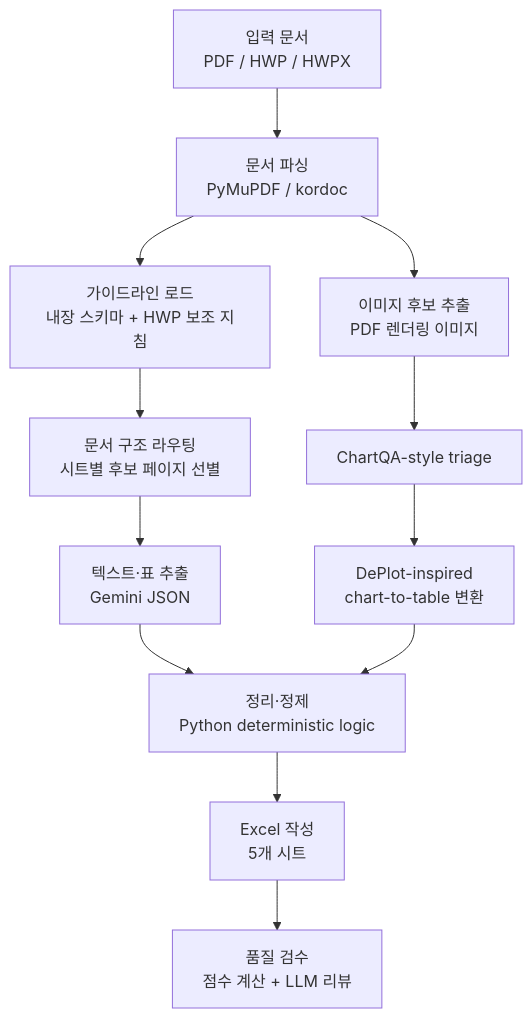
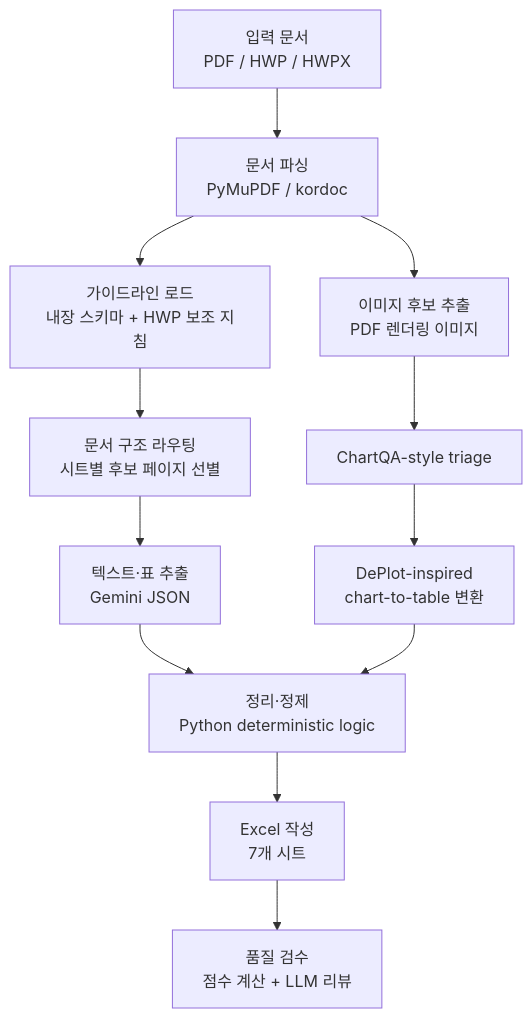
Before and after one commit to azureleo/2026_GovReport_Analyzer_Public: the diagram in README.md, drawn with Mermaid. The commit also changed other lines of this file and 13 other files, not shown here.

````diff
--- a/README.md
+++ b/README.md
@@ -20,14 +35,14 @@
 ```mermaid
 flowchart TD
     A["입력 문서<br/>PDF / HWP / HWPX"] --> B["문서 파싱<br/>PyMuPDF / kordoc"]
     B --> C["가이드라인 로드<br/>내장 스키마 + HWP 보조 지침"]
     C --> D["문서 구조 라우팅<br/>시트별 후보 페이지 선별"]
     D --> E["텍스트·표 추출<br/>Gemini JSON"]
     B --> F["이미지 후보 추출<br/>PDF 렌더링 이미지"]
     F --> G["ChartQA-style triage"]
     G --> H["DePlot-inspired<br/>chart-to-table 변환"]
     E --> I["정리·정제<br/>Python deterministic logic"]
     H --> I
-    I --> J["Excel 작성<br/>5개 시트"]
+    I --> J["Excel 작성<br/>7개 시트"]
     J --> K["품질 검수<br/>점수 계산 + LLM 리뷰"]
 ```
````
